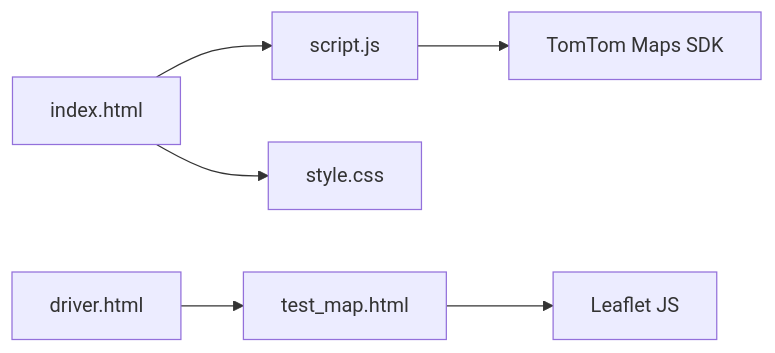
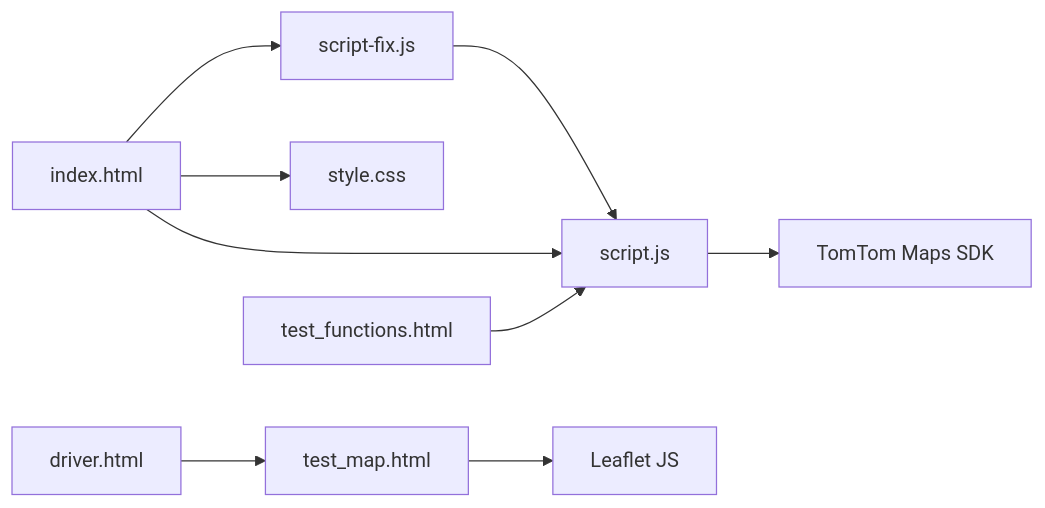
The tenth of 10 diagrams in .qoder/repowiki/en/content/Development and Testing.md (Rehanpatel3858/BusTrack-Pro), drawn with Mermaid before and after one commit. The commit also changed other lines of this file and 6 other files, not shown here.

````diff
--- a/.qoder/repowiki/en/content/Development and Testing.md
+++ b/.qoder/repowiki/en/content/Development and Testing.md
@@ -278,8 +389,11 @@
 ```mermaid
 graph LR
-SCR["script.js"] --> TT["TomTom Maps SDK"]
-IDX["index.html"] --> SCR
+FIX["script-fix.js"] --> SCR["script.js"]
+SCR --> TT["TomTom Maps SDK"]
+IDX["index.html"] --> FIX
+IDX --> SCR
 IDX --> STY["style.css"]
 DRV["driver.html"] --> TST["test_map.html"]
 TST --> LFT["Leaflet JS"]
+FUN["test_functions.html"] --> SCR
 ```
````
